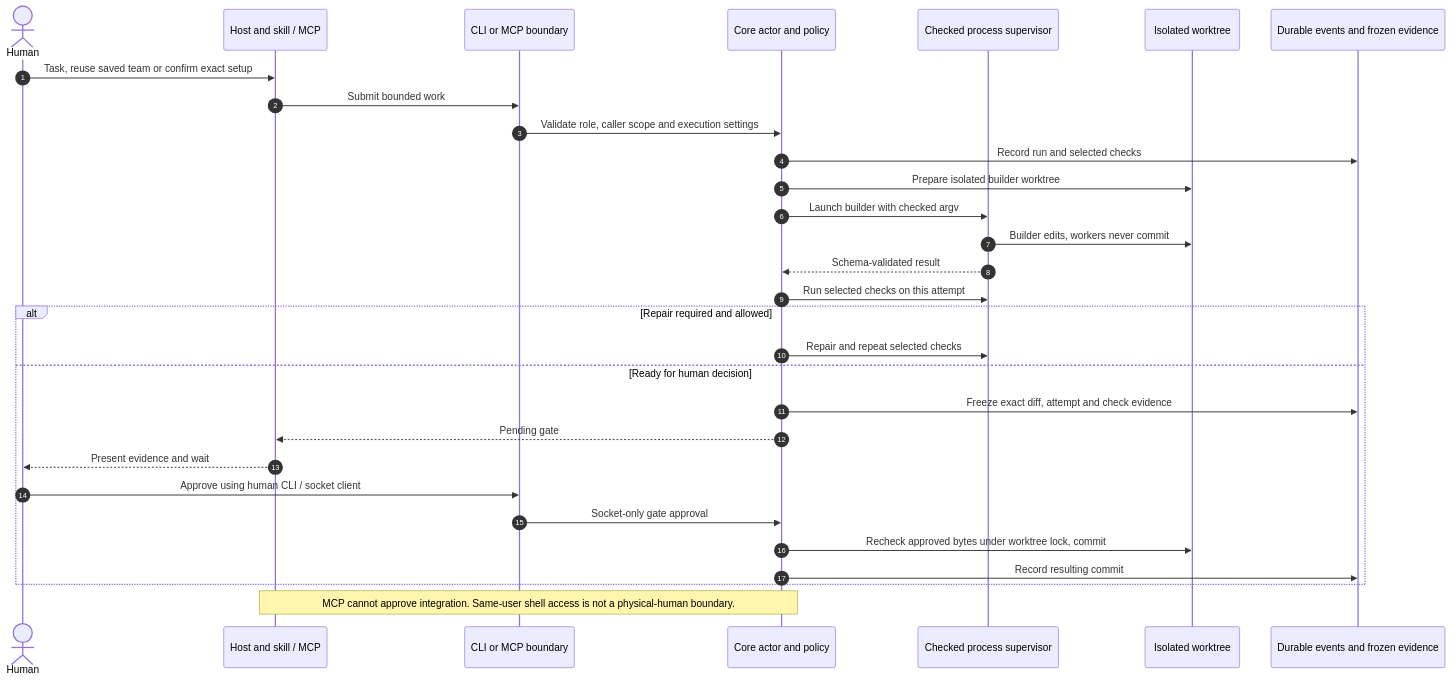
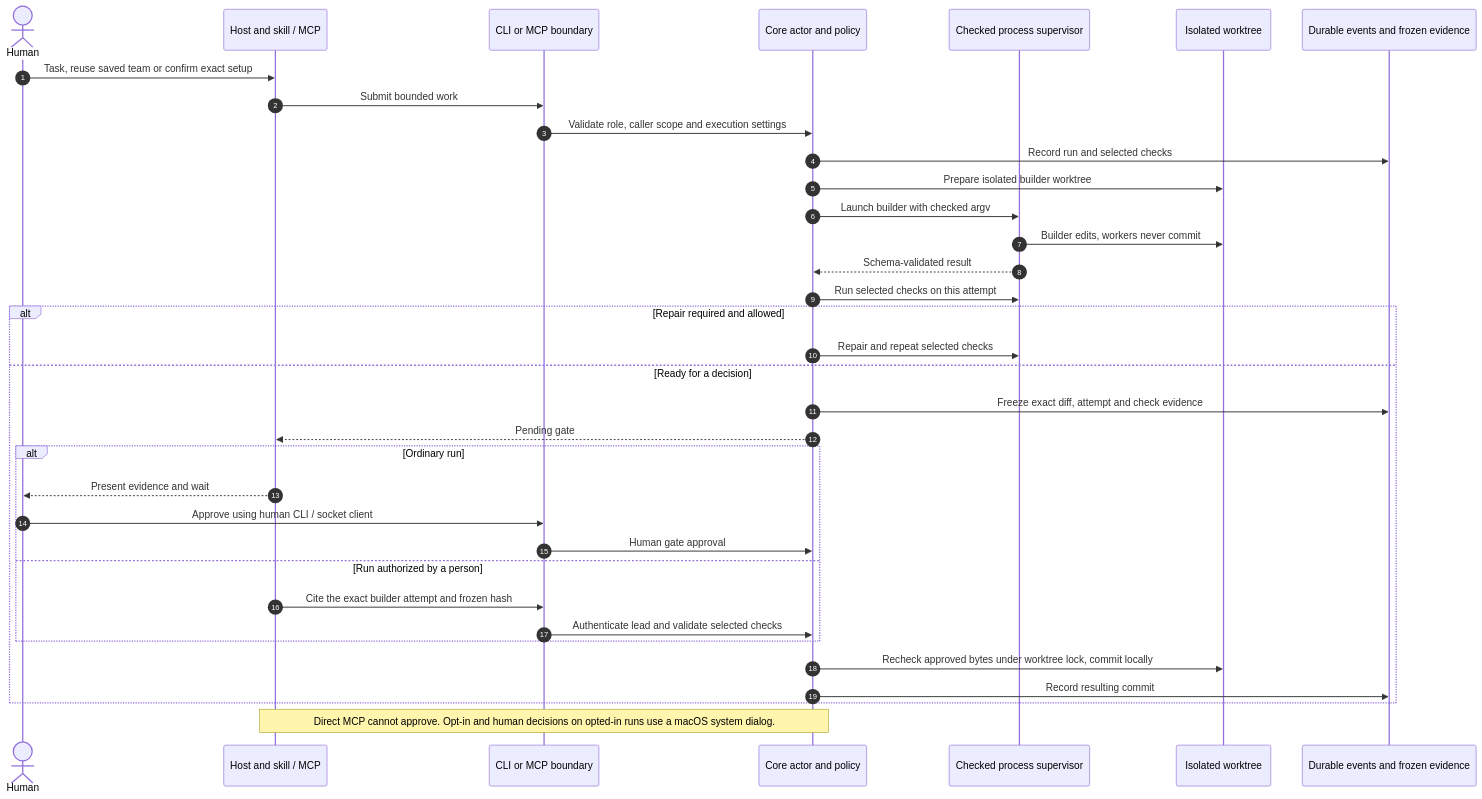
One commit to Vvlladd/acp-core changed the second of 2 diagrams in README.md. Above: the diagram before and after it, drawn with Mermaid. The commit also changed other lines of this file and 69 other files, not shown here.

Commit message:
Support scoped lead decisions, worker conversations and current Codex models

````diff
--- a/README.md
+++ b/README.md
@@ -83,32 +97,37 @@
 ```mermaid
 sequenceDiagram
     autonumber
     actor Human
     participant Lead as Host and skill / MCP
     participant Entry as CLI or MCP boundary
     participant CoreActor as Core actor and policy
     participant Supervisor as Checked process supervisor
     participant Git as Isolated worktree
     participant History as Durable events and frozen evidence
     Human->>Lead: Task, reuse saved team or confirm exact setup
     Lead->>Entry: Submit bounded work
     Entry->>CoreActor: Validate role, caller scope and execution settings
     CoreActor->>History: Record run and selected checks
     CoreActor->>Git: Prepare isolated builder worktree
     CoreActor->>Supervisor: Launch builder with checked argv
     Supervisor->>Git: Builder edits, workers never commit
     Supervisor-->>CoreActor: Schema-validated result
     CoreActor->>Supervisor: Run selected checks on this attempt
     alt Repair required and allowed
         CoreActor->>Supervisor: Repair and repeat selected checks
-    else Ready for human decision
+    else Ready for a decision
         CoreActor->>History: Freeze exact diff, attempt and check evidence
         CoreActor-->>Lead: Pending gate
-        Lead-->>Human: Present evidence and wait
-        Human->>Entry: Approve using human CLI / socket client
-        Entry->>CoreActor: Socket-only gate approval
-        CoreActor->>Git: Recheck approved bytes under worktree lock, commit
+        alt Ordinary run
+            Lead-->>Human: Present evidence and wait
+            Human->>Entry: Approve using human CLI / socket client
+            Entry->>CoreActor: Human gate approval
+        else Run authorized by a person
+            Lead->>Entry: Cite the exact builder attempt and frozen hash
+            Entry->>CoreActor: Authenticate lead and validate selected checks
+        end
+        CoreActor->>Git: Recheck approved bytes under worktree lock, commit locally
         CoreActor->>History: Record resulting commit
     end
-    Note over Lead,CoreActor: MCP cannot approve integration. Same-user shell access is not a physical-human boundary.
+    Note over Lead,CoreActor: Direct MCP cannot approve. Opt-in and human decisions on opted-in runs use a macOS system dialog.
 ```
````
